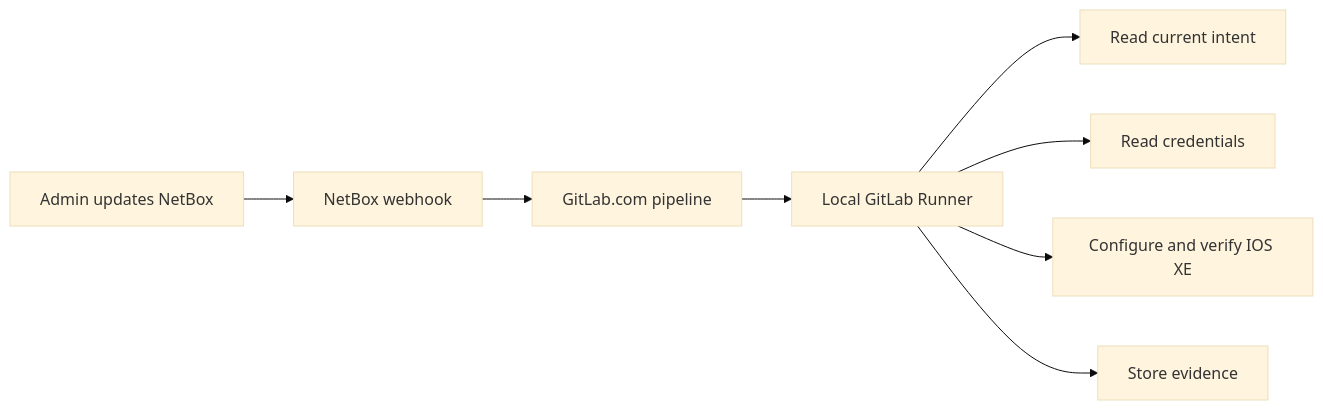
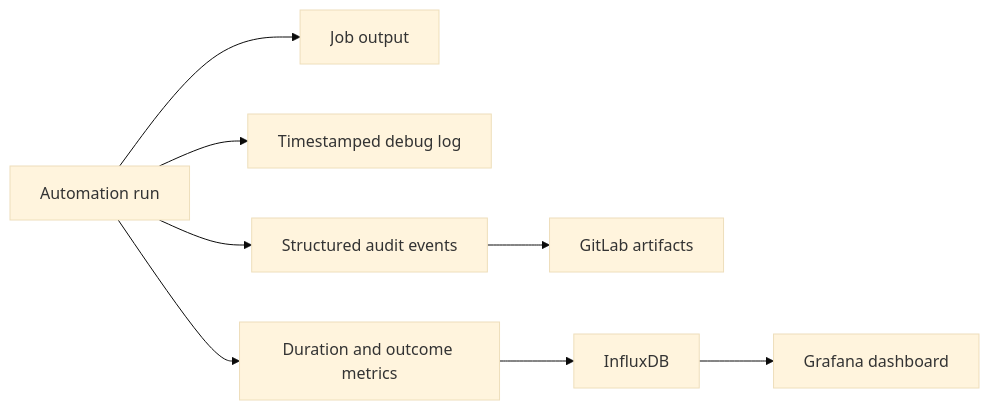
One commit to tanthanh85/CCNPAUTO changed the seventh of 9 diagrams in LAB/README.md. Above: the diagram before and after it, drawn with Mermaid (base theme). The commit also changed other lines of this file, not shown here.

````diff
--- a/LAB/README.md
+++ b/LAB/README.md
@@ -142,10 +304,10 @@
 ```mermaid
 flowchart LR
-    Admin["Admin updates NetBox"] --> Webhook["NetBox webhook"]
-    Webhook --> GitLab["GitLab.com pipeline"]
-    GitLab --> Runner["Local GitLab Runner"]
-    Runner --> NetBox["Read current intent"]
-    Runner --> Vault["Read credentials"]
-    Runner --> Router["Configure and verify IOS XE"]
-    Runner --> Artifacts["Store evidence"]
+    Run["Automation run"] --> Console["Job output"]
+    Run --> Text["Timestamped debug log"]
+    Run --> JSONL["Structured audit events"]
+    Run --> Metrics["Duration and outcome metrics"]
+    JSONL --> Artifacts["GitLab artifacts"]
+    Metrics --> Influx["InfluxDB"]
+    Influx --> Grafana["Grafana dashboard"]
 ```
````
